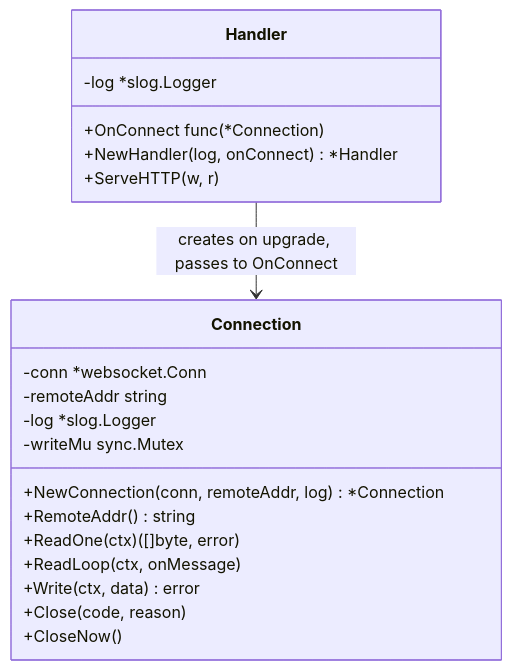
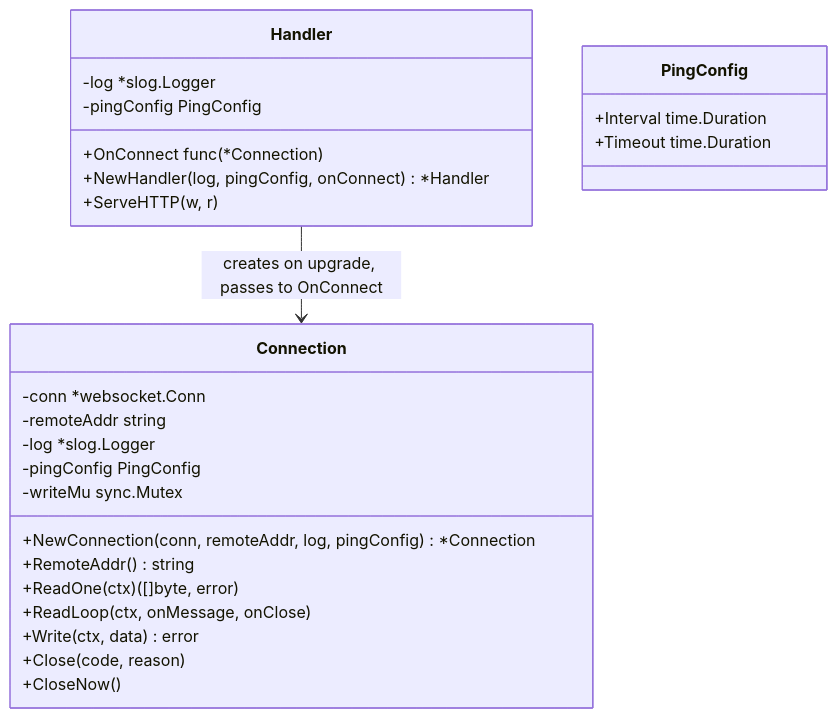
The first of 8 diagrams in internal/roomsvc/ARCHITECTURE.md (cabo-game/cabo-backend), drawn with Mermaid before and after one commit. The commit also changed other lines of this file and 14 other files, not shown here.

````diff
--- a/internal/roomsvc/ARCHITECTURE.md
+++ b/internal/roomsvc/ARCHITECTURE.md
@@ -20,25 +20,32 @@
 ```mermaid
 classDiagram
     class Handler {
         -log *slog.Logger
+        -pingConfig PingConfig
         +OnConnect func(*Connection)
-        +NewHandler(log, onConnect) *Handler
+        +NewHandler(log, pingConfig, onConnect) *Handler
         +ServeHTTP(w, r)
+    }
+
+    class PingConfig {
+        +Interval time.Duration
+        +Timeout time.Duration
     }
 
     class Connection {
         -conn *websocket.Conn
         -remoteAddr string
         -log *slog.Logger
+        -pingConfig PingConfig
         -writeMu sync.Mutex
-        +NewConnection(conn, remoteAddr, log) *Connection
+        +NewConnection(conn, remoteAddr, log, pingConfig) *Connection
         +RemoteAddr() string
         +ReadOne(ctx) ([]byte, error)
-        +ReadLoop(ctx, onMessage)
+        +ReadLoop(ctx, onMessage, onClose)
         +Write(ctx, data) error
         +Close(code, reason)
         +CloseNow()
     }
 
     Handler --> Connection : creates on upgrade, passes to OnConnect
 ```
````
